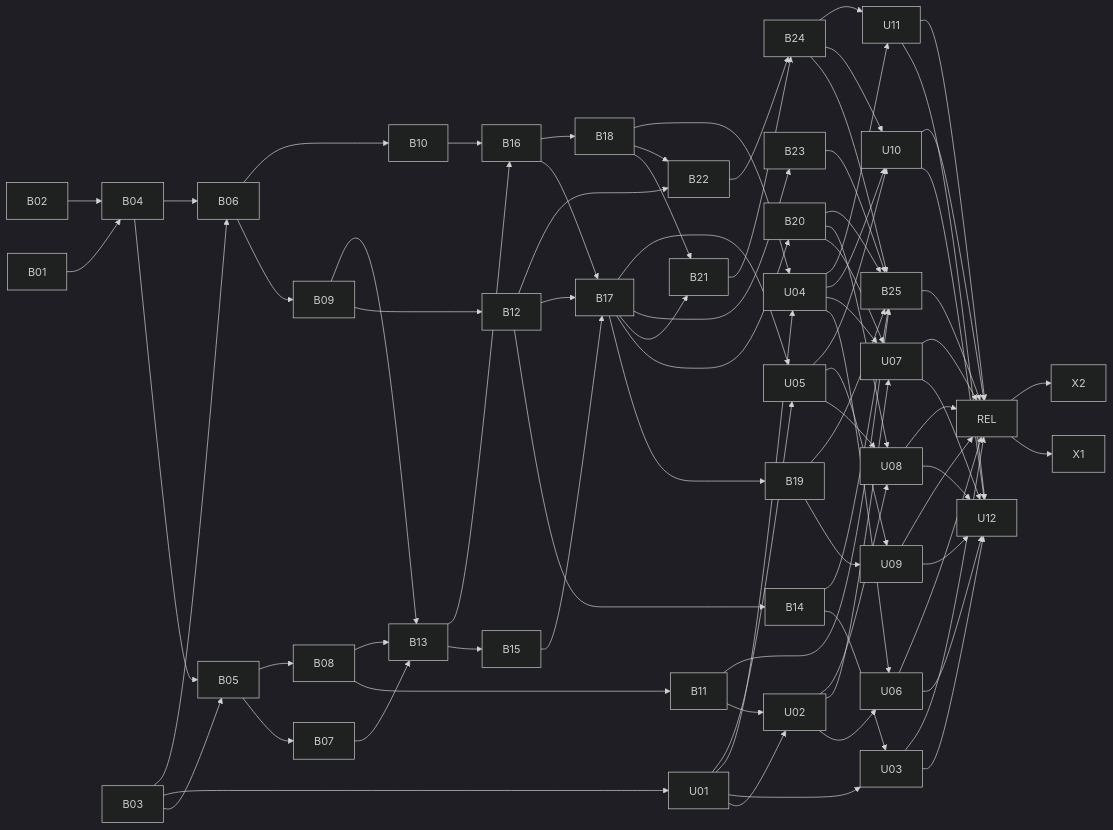
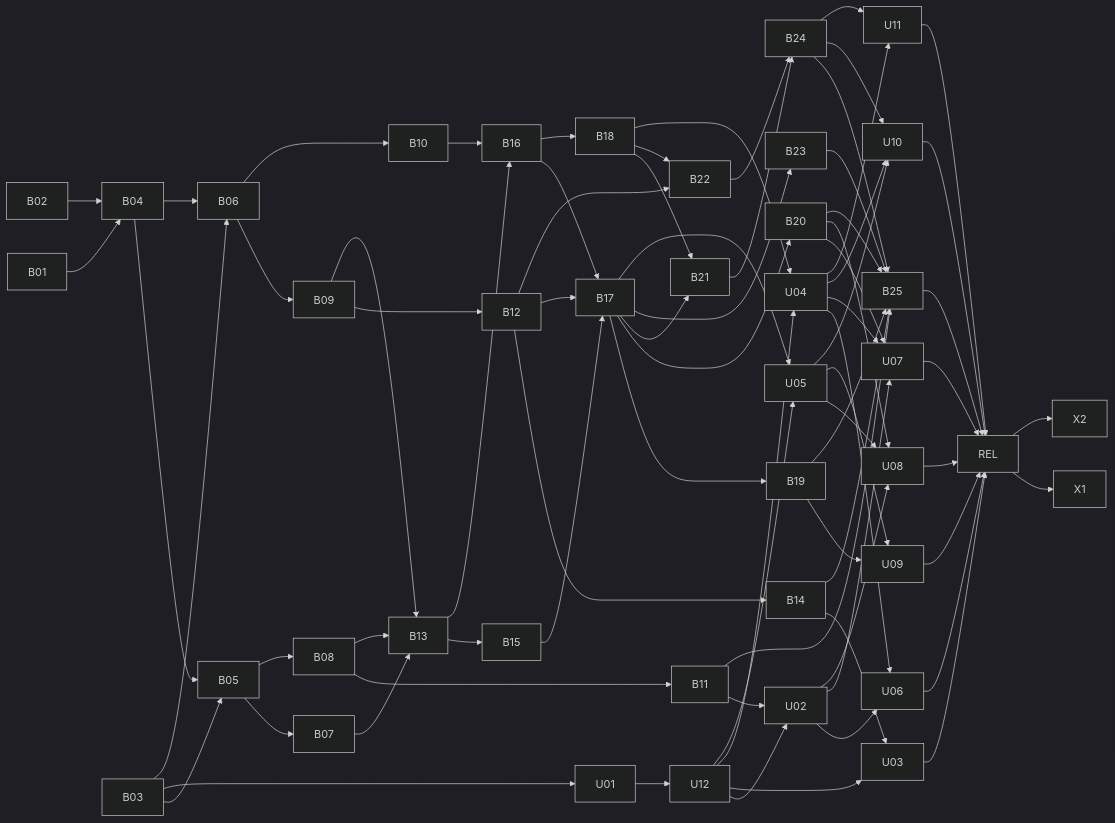
Before and after one commit to HIRO15254/sapphire2: the second of 2 diagrams in docs/design/data-model-v2.md, drawn with Mermaid (dark theme). The commit also changed other lines of this file and 100 other files, not shown here.

````diff
--- a/docs/design/data-model-v2.md
+++ b/docs/design/data-model-v2.md
@@ -1270,82 +1272,76 @@
 ```mermaid
 flowchart LR
 B01 --> B04
 B02 --> B04
 B03 --> B05
 B03 --> U01
+U01 --> U12
 B03 --> B06
 B04 --> B05
 B04 --> B06
 B05 --> B07
 B05 --> B08
 B06 --> B09
 B06 --> B10
 B08 --> B11
 B09 --> B12
 B09 --> B13
 B07 --> B13
 B08 --> B13
-U01 --> U02
+U12 --> U02
 B11 --> U02
 B12 --> B14
 B13 --> B15
 B10 --> B16
 B13 --> B16
 B12 --> B17
 B15 --> B17
 B16 --> B17
 B16 --> B18
-U01 --> U03
+U12 --> U03
 B14 --> U03
 B17 --> B19
 B17 --> B20
 B17 --> B21
 B18 --> B21
 B12 --> B22
 B18 --> B22
 B17 --> B23
-U01 --> U04
+U12 --> U04
 B18 --> U04
-U01 --> U05
+U12 --> U05
 B17 --> U05
 B22 --> B24
 B21 --> B24
 U02 --> U06
 U04 --> U06
 U02 --> U07
 U04 --> U07
 B20 --> U07
 U05 --> U08
 U02 --> U08
 B20 --> U08
 U05 --> U09
 B19 --> U09
 B14 --> B25
 B11 --> B25
 B19 --> B25
 B20 --> B25
 B24 --> B25
 B23 --> B25
 U05 --> U10
 U04 --> U10
 B24 --> U10
 U04 --> U11
 B24 --> U11
-U03 --> U12
-U06 --> U12
-U07 --> U12
-U08 --> U12
-U09 --> U12
-U10 --> U12
-U11 --> U12
 B25 --> REL
 U03 --> REL
 U06 --> REL
 U07 --> REL
 U08 --> REL
 U09 --> REL
 U10 --> REL
 U11 --> REL
 REL --> X1
 REL --> X2
 ```
````
